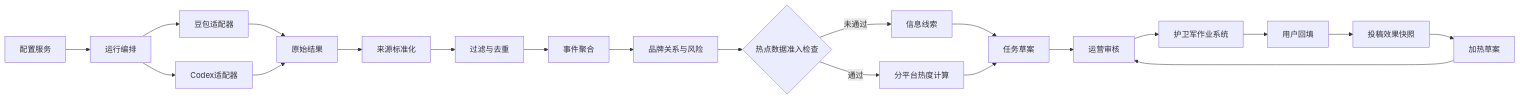
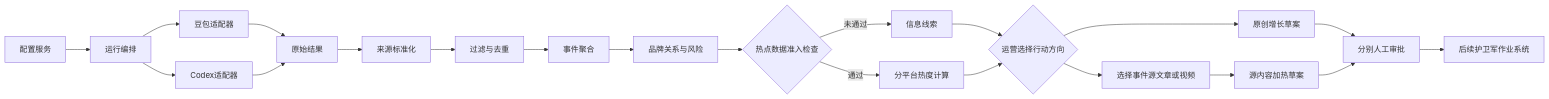
Before and after one commit to RondoTANG/dongfeng-push-demo: the second of 2 diagrams in 09_其他与待归档/0902业务沟通纪要/AI热点追踪PoC/prd/AI热点业务规划与现阶段线索PoC解决方案_PRD_v0.2.md, drawn with Mermaid. The commit also changed other lines of this file and 85 other files, not shown here.

````diff
--- a/09_其他与待归档/0902业务沟通纪要/AI热点追踪PoC/prd/AI热点业务规划与现阶段线索PoC解决方案_PRD_v0.2.md
+++ b/09_其他与待归档/0902业务沟通纪要/AI热点追踪PoC/prd/AI热点业务规划与现阶段线索PoC解决方案_PRD_v0.2.md
@@ -526,23 +528,23 @@
 ```mermaid
 flowchart LR
     CFG[配置服务] --> RUN[运行编排]
     RUN --> DB[豆包适配器]
     RUN --> CX[Codex适配器]
     DB --> RAW[原始结果]
     CX --> RAW
     RAW --> SRC[来源标准化]
     SRC --> RULE[过滤与去重]
     RULE --> EVT[事件聚合]
     EVT --> REL[品牌关系与风险]
     REL --> READY{热点数据准入检查}
     READY -- 未通过 --> CLUE[信息线索]
     READY -- 通过 --> HEAT[分平台热度计算]
-    CLUE --> DRAFT[任务草案]
-    HEAT --> DRAFT
-    DRAFT --> OPS[运营审核]
-    OPS --> TASK[护卫军作业系统]
-    TASK --> SUB[用户回填]
-    SUB --> METRIC[投稿效果快照]
-    METRIC --> BOOST[加热草案]
+    CLUE --> ACTION{运营选择行动方向}
+    HEAT --> ACTION
+    ACTION --> ORIGINAL[原创增长草案]
+    ACTION --> TARGET[选择事件源文章或视频]
+    TARGET --> BOOST[源内容加热草案]
+    ORIGINAL --> OPS[分别人工审批]
     BOOST --> OPS
+    OPS --> TASK[后续护卫军作业系统]
 ```
````
